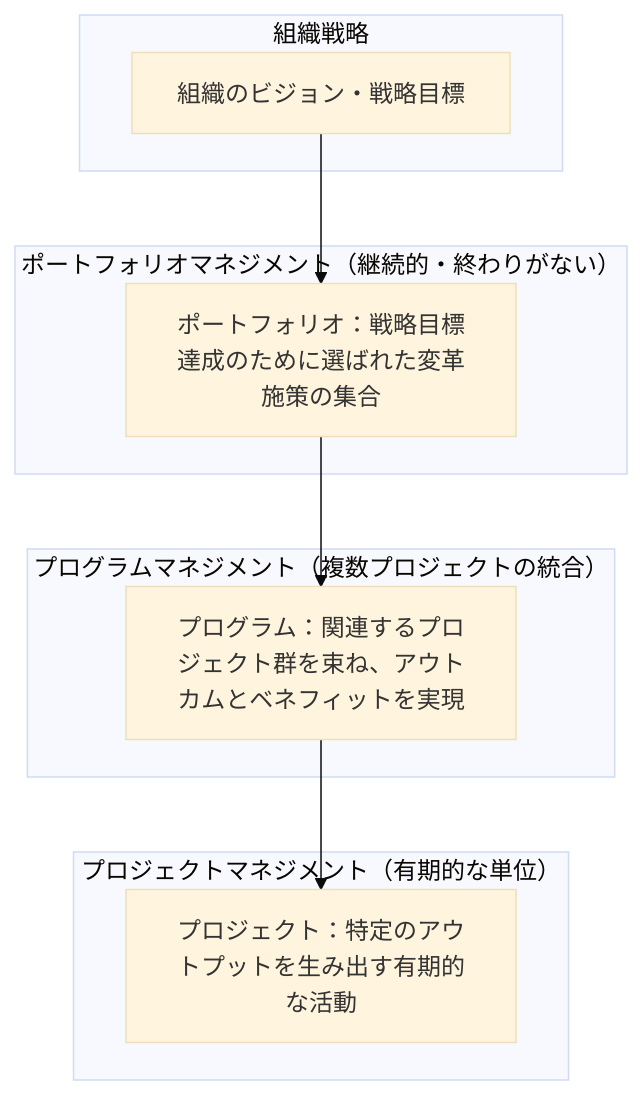
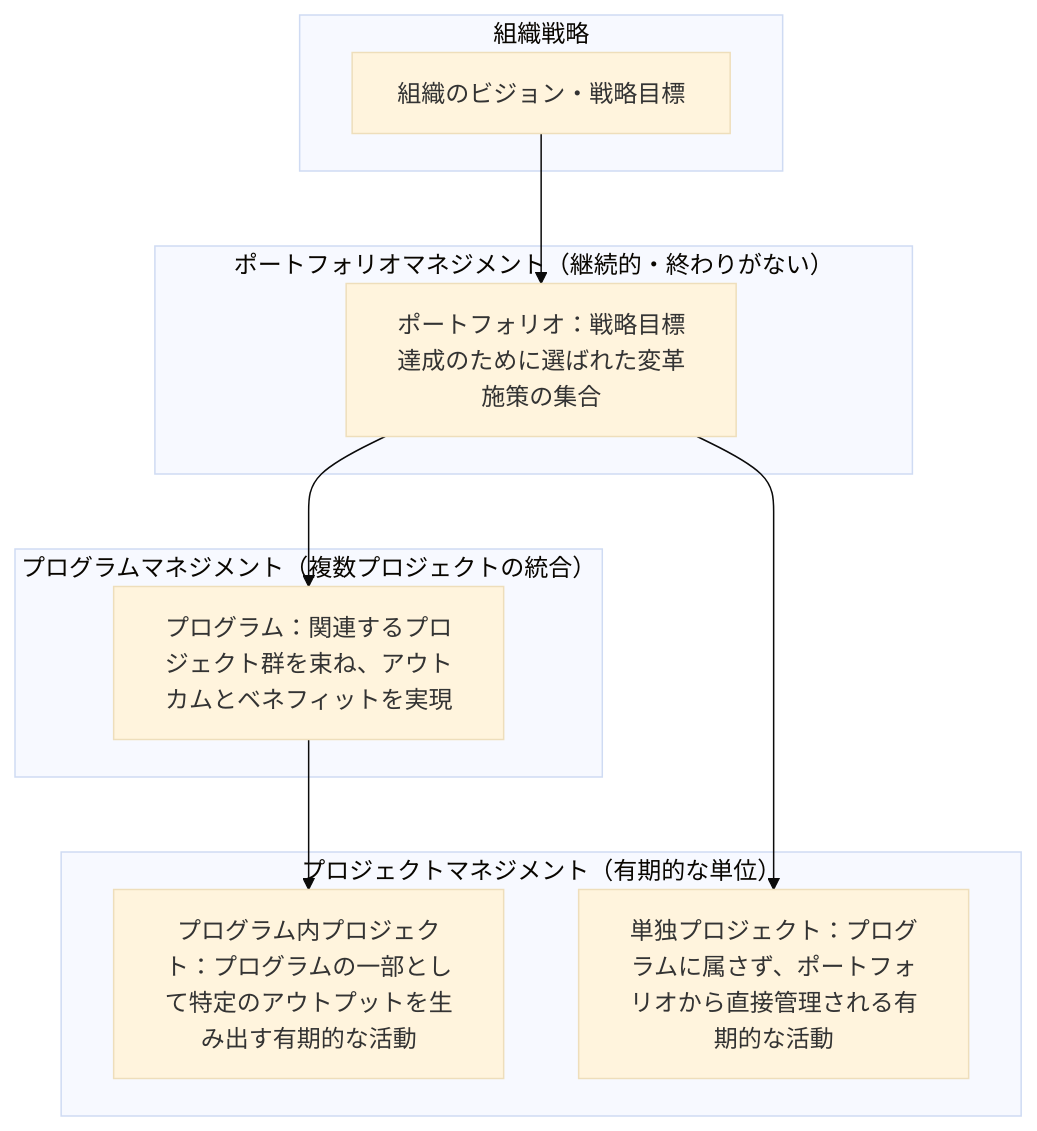
Before and after one commit to myoshi2891/Management-Team-Building-Studies: the first of 13 diagrams in Mop-foundation-guide.md, drawn with Mermaid (base theme).

Commit message:
docs(mop): distinguish between standalone and programme projects in portfolio diagram

````diff
--- a/Mop-foundation-guide.md
+++ b/Mop-foundation-guide.md
@@ -84,16 +84,19 @@
 ```mermaid
 flowchart TB
     subgraph "組織戦略"
         A["組織のビジョン・戦略目標"]
     end
     subgraph "ポートフォリオマネジメント（継続的・終わりがない）"
         B["ポートフォリオ：戦略目標達成のために選ばれた変革施策の集合"]
     end
     subgraph "プログラムマネジメント（複数プロジェクトの統合）"
         C["プログラム：関連するプロジェクト群を束ね、アウトカムとベネフィットを実現"]
     end
     subgraph "プロジェクトマネジメント（有期的な単位）"
-        D["プロジェクト：特定のアウトプットを生み出す有期的な活動"]
+        D1["プログラム内プロジェクト：プログラムの一部として特定のアウトプットを生み出す有期的な活動"]
+        D2["単独プロジェクト：プログラムに属さず、ポートフォリオから直接管理される有期的な活動"]
     end
-    A --> B --> C --> D
+    A --> B
+    B --> C --> D1
+    B --> D2
 ```
````
